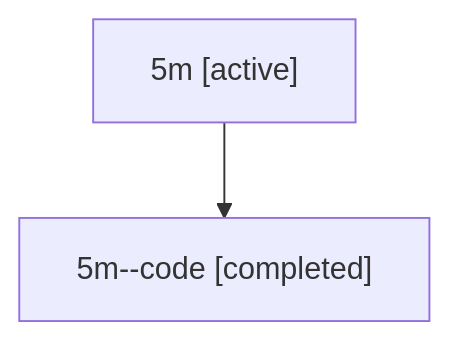
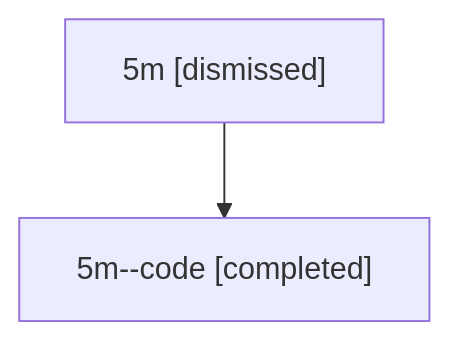
The diagram in sessions/bbugyi200.athena.5m.md (sase-org/sase--agents), drawn with Mermaid before and after one commit. The commit also changed other lines of this file and 32 other files, not shown here.

````diff
--- a/sessions/bbugyi200.athena.5m.md
+++ b/sessions/bbugyi200.athena.5m.md
@@ -9,6 +9,6 @@
 ```mermaid
 flowchart TD
-  n0["5m [active]"]
+  n0["5m [dismissed]"]
   n1["5m--code [completed]"]
   n0 --> n1
 ```
````
